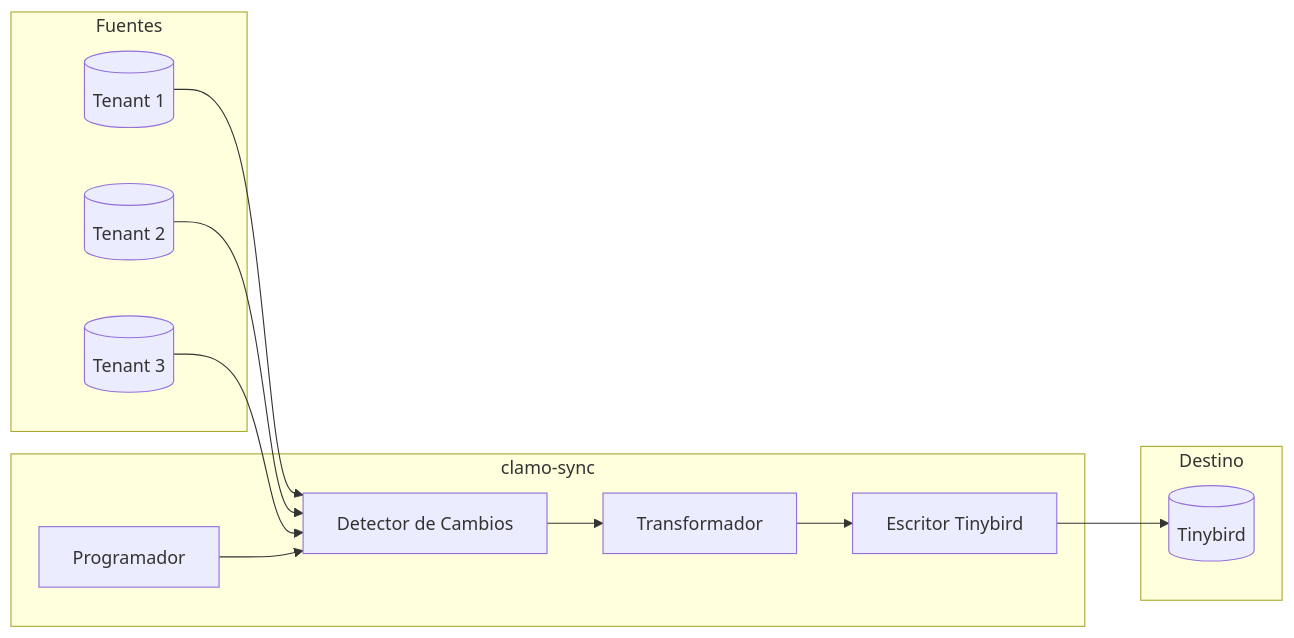
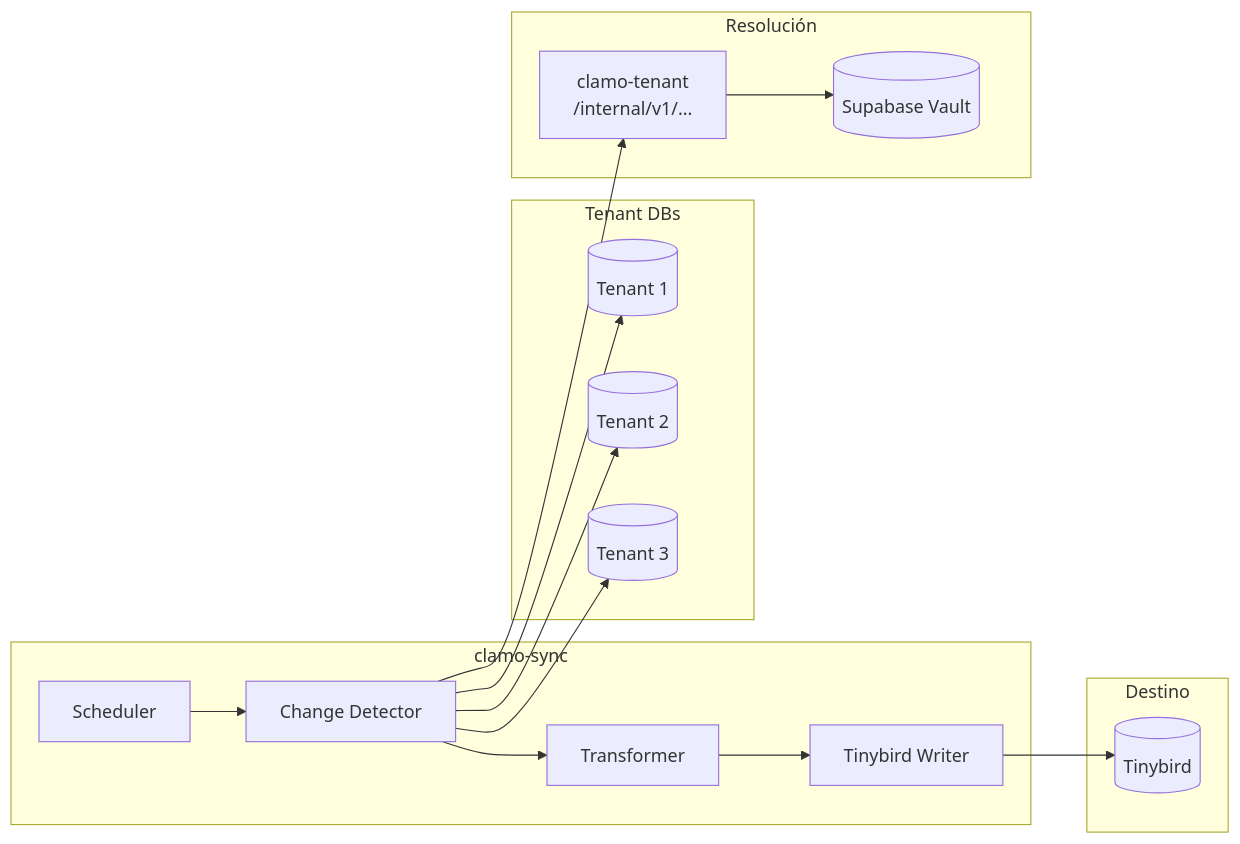
The diagram in es/servicios/clamo-sync.mdx (GetClamo/docs), drawn with Mermaid before and after one commit. The commit also changed other lines of this file and 10 other files, not shown here.

````diff
--- a/es/servicios/clamo-sync.mdx
+++ b/es/servicios/clamo-sync.mdx
@@ -21,27 +22,34 @@
 ```mermaid
 flowchart LR
-    subgraph Sources [Fuentes]
+    subgraph Sources [Tenant DBs]
         T1[(Tenant 1)]
         T2[(Tenant 2)]
         T3[(Tenant 3)]
     end
     
     subgraph Sync [clamo-sync]
-        Scheduler[Programador]
-        ChangeDetector[Detector de Cambios]
-        Transformer[Transformador]
-        TinybirdWriter[Escritor Tinybird]
+        Scheduler[Scheduler]
+        ChangeDetector[Change Detector]
+        Transformer[Transformer]
+        TinybirdWriter[Tinybird Writer]
+    end
+    
+    subgraph Resolution [Resolución]
+        TenantSDK[clamo-tenant<br/>/internal/v1/...]
+        Vault[(Supabase Vault)]
     end
     
     subgraph Destination [Destino]
         Tinybird[(Tinybird)]
     end
     
-    T1 --> ChangeDetector
-    T2 --> ChangeDetector
-    T3 --> ChangeDetector
     Scheduler --> ChangeDetector
+    ChangeDetector --> TenantSDK
+    TenantSDK --> Vault
+    ChangeDetector --> T1
+    ChangeDetector --> T2
+    ChangeDetector --> T3
     ChangeDetector --> Transformer
     Transformer --> TinybirdWriter
     TinybirdWriter --> Tinybird
 ```
````
